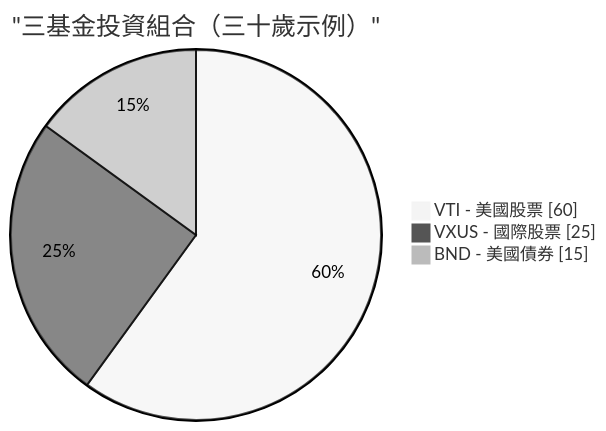
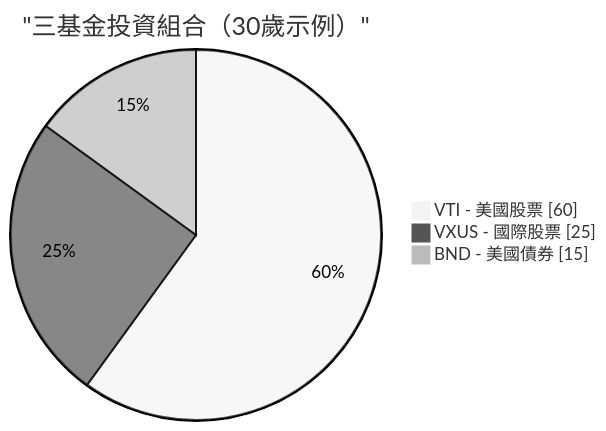
One commit to chanmainvest/tutorial changed the fourth of 4 diagrams in course_hk/week02_index_funds_etfs.md. Above: the diagram before and after it, drawn with Mermaid (neutral theme). The commit also changed other lines of this file and 451 other files, not shown here.

````diff
--- a/course_hk/week02_index_funds_etfs.md
+++ b/course_hk/week02_index_funds_etfs.md
@@ -307,7 +307,7 @@
 ```mermaid
 pie showData
-    title "三基金投資組合（三十歲示例）"
+    title "三基金投資組合（30歲示例）"
     "VTI - 美國股票" : 60
     "VXUS - 國際股票" : 25
     "BND - 美國債券" : 15
 ```
````
